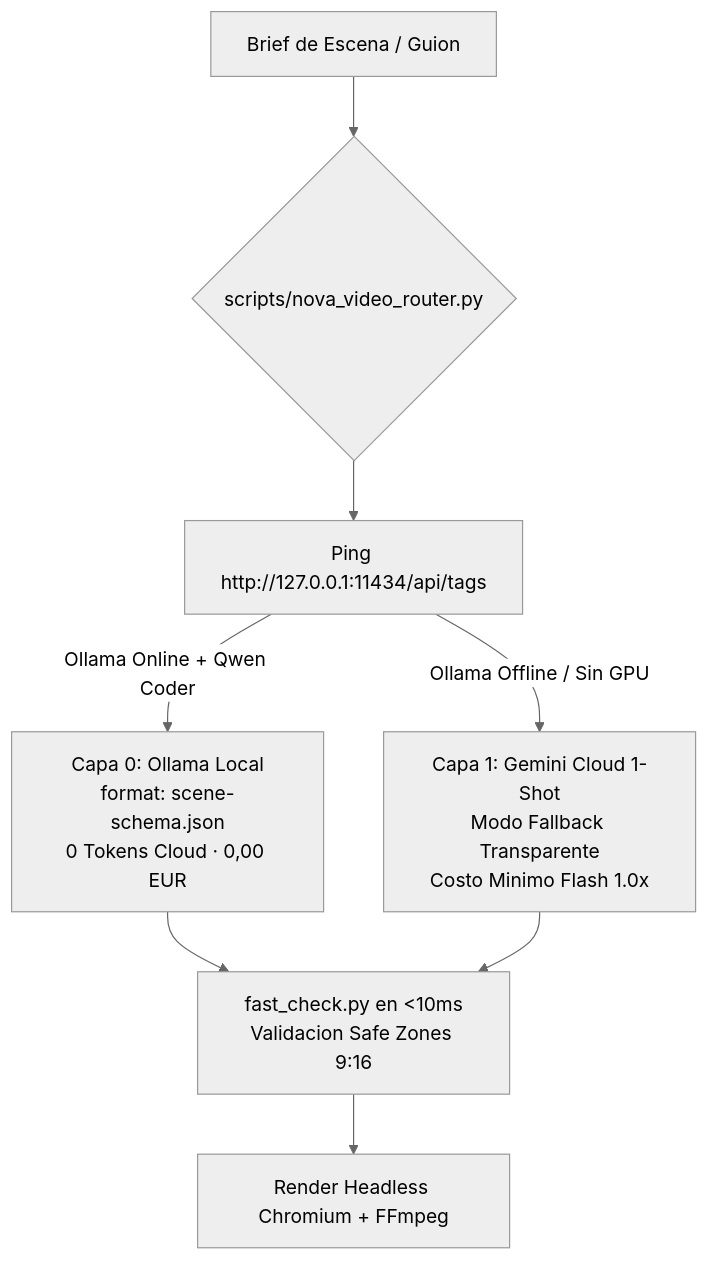
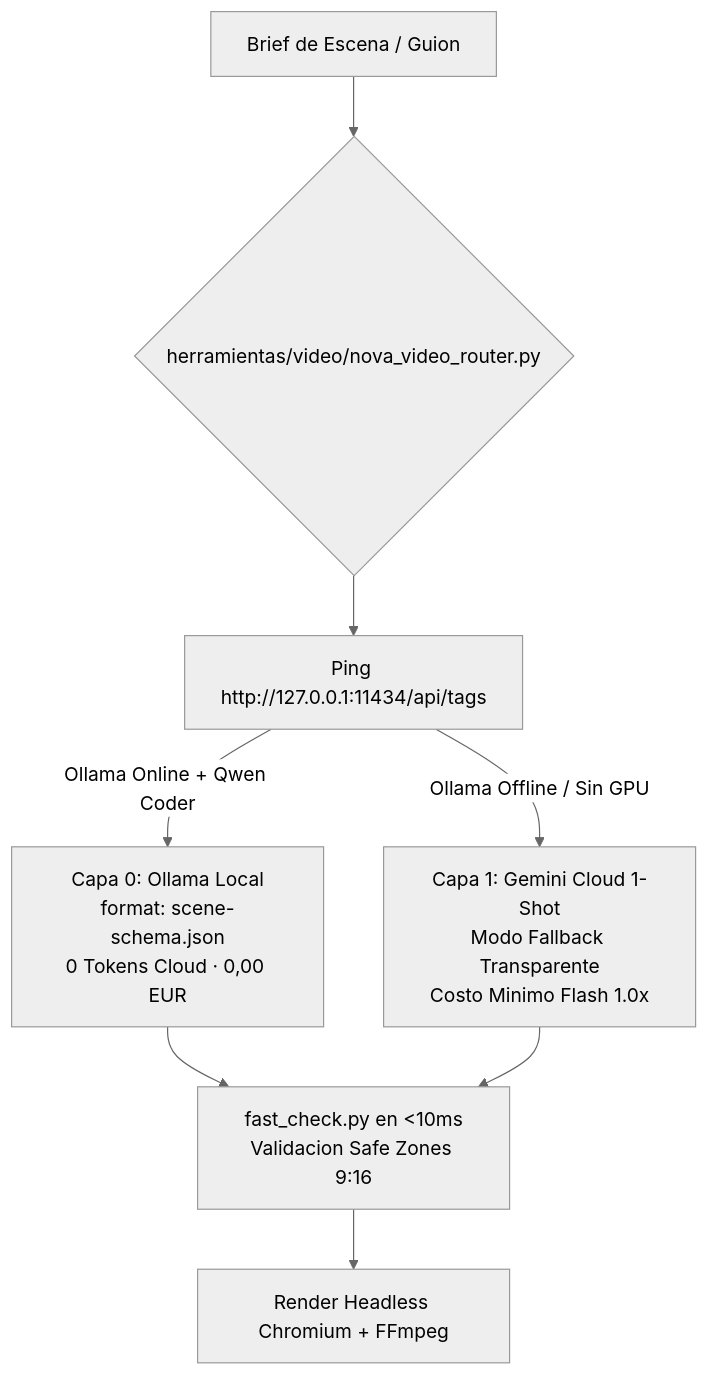
The diagram in skills/hyperframes-director/SKILL.md (Luaz2021/Nova-Agent-Core-Demo), drawn with Mermaid (neutral theme) before and after one commit. The commit also changed other lines of this file and 755 other files, not shown here.

````diff
--- a/skills/hyperframes-director/SKILL.md
+++ b/skills/hyperframes-director/SKILL.md
@@ -63,14 +71,14 @@
 ```mermaid
 flowchart TD
-    Prompt[Brief de Escena / Guion] --> Router{scripts/nova_video_router.py}
+    Prompt[Brief de Escena / Guion] --> Router{herramientas/video/nova_video_router.py}
     
     Router --> Check[Ping http://127.0.0.1:11434/api/tags]
     
     Check -->|Ollama Online + Qwen Coder| Capa0[Capa 0: Ollama Local<br>format: scene-schema.json<br>0 Tokens Cloud · 0,00 EUR]
     Check -->|Ollama Offline / Sin GPU| Capa1[Capa 1: Gemini Cloud 1-Shot<br>Modo Fallback Transparente<br>Costo Minimo Flash 1.0x]
     
     Capa0 --> Validate[fast_check.py en <10ms<br>Validacion Safe Zones 9:16]
     Capa1 --> Validate
     
     Validate --> Render[Render Headless Chromium + FFmpeg]
 ```
````
